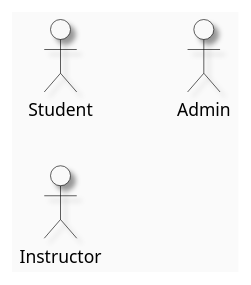
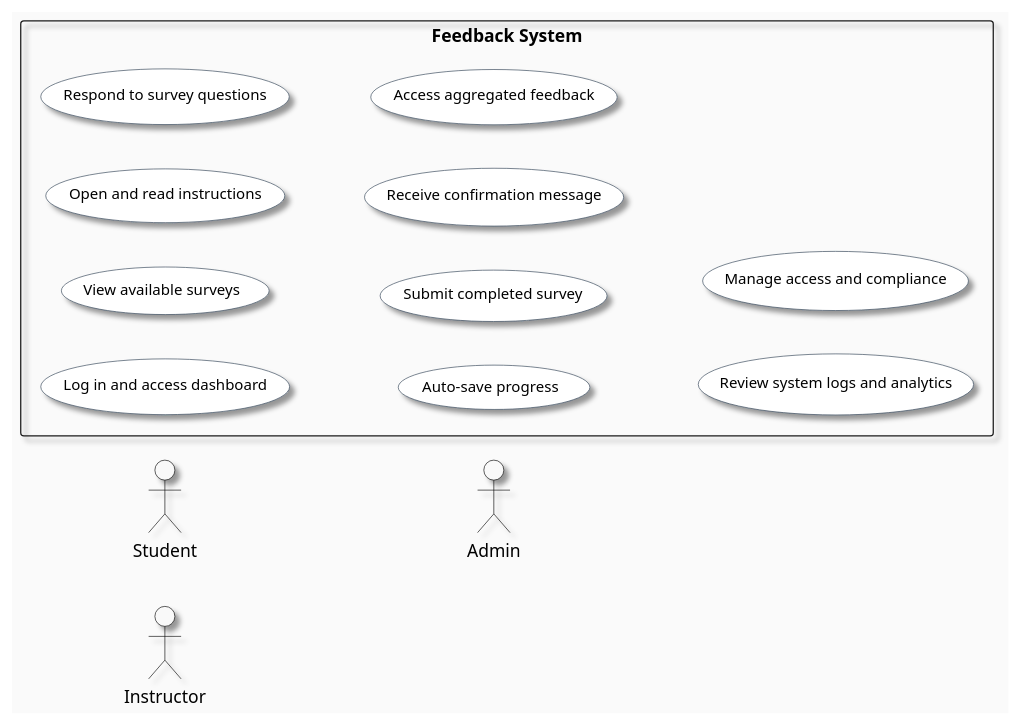
One commit to bahati7/MKB-cohort-2-Demo changed the diagram in doc/usecases/plantUML/tempUC-ProvideFeedback.puml. Above: the diagram before and after it, drawn with PlantUML.

Commit message:
Define system container and core use cases

```diff
--- a/doc/usecases/plantUML/tempUC-ProvideFeedback.puml
+++ b/doc/usecases/plantUML/tempUC-ProvideFeedback.puml
@@ -1,28 +1,40 @@
 @startuml provide_feedback_usecase
 
 left to right direction
 skinparam backgroundColor #FAFAFA
 skinparam shadowing true
 
 skinparam actor {
     BackgroundColor #f9f9f9
     BorderColor Black
     FontColor Black
     Shadowing true
 }
 
 skinparam usecase {
     BackgroundColor White
     BorderColor #2C3E50
     ArrowColor #2C3E50
     FontColor Black
     FontSize 12
     Shadowing true
     RoundCorner 20
 }
 
 actor Student
 actor Instructor
 actor Admin
 
+rectangle "Feedback System" {
+    usecase UC_LoginDashboard as "Log in and access dashboard"
+    usecase UC_ViewSurveys as "View available surveys"
+    usecase UC_ReadInstructions as "Open and read instructions"
+    usecase UC_Respond as "Respond to survey questions"
+    usecase UC_AutoSave as "Auto-save progress"
+    usecase UC_Submit as "Submit completed survey"
+    usecase UC_Confirm as "Receive confirmation message"
+    usecase UC_Review as "Access aggregated feedback"
+    usecase UC_Logs as "Review system logs and analytics"
+    usecase UC_Privacy as "Manage access and compliance"
+}
 @enduml
```
